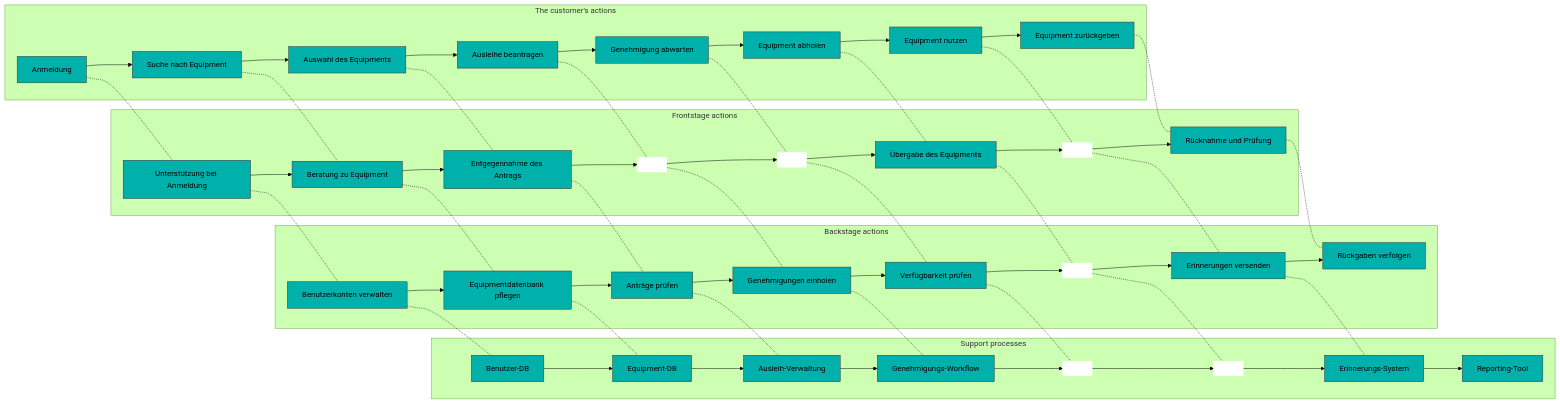
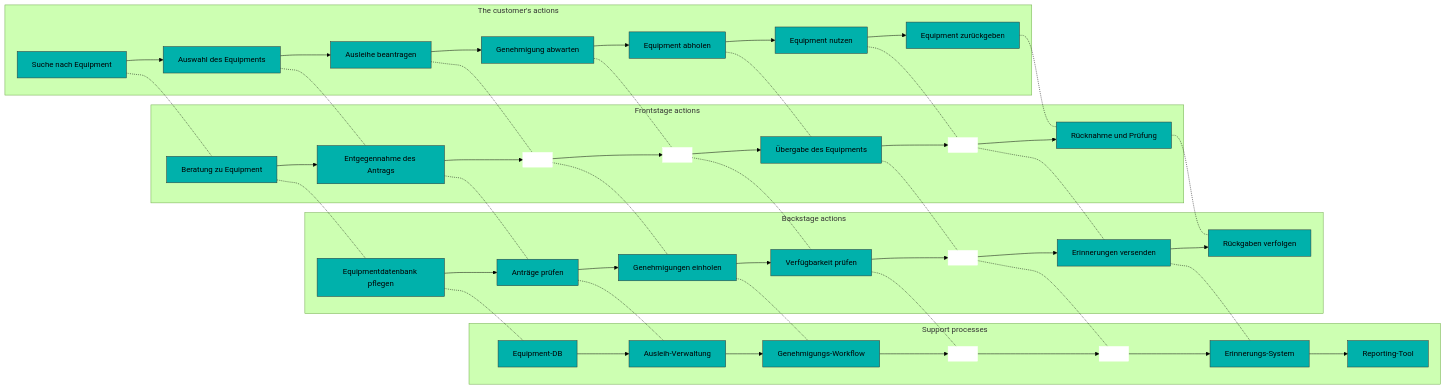
The diagram in blueprint.md (OutmaAixLara/BorrowNOW), drawn with Mermaid (forest theme) before and after one commit. The commit also changed 2 other files, not shown here.

Commit message:
Adjusted the Datamodell

````diff
--- a/blueprint.md
+++ b/blueprint.md
@@ -1,34 +1,33 @@
 ```mermaid
 graph LR
 
     subgraph Support processes
-        D1[Benutzer-DB] --> D2[Equipment-DB] --> D3[Ausleih-Verwaltung] --> D4[Genehmigungs-Workflow] --> D5[" "] --> D6[" "] --> D7[Erinnerungs-System] --> D8[Reporting-Tool]
+    D2[Equipment-DB] --> D3[Ausleih-Verwaltung] --> D4[Genehmigungs-Workflow] --> D5[" "] --> D6[" "] --> D7[Erinnerungs-System] --> D8[Reporting-Tool]
     end
 
     subgraph Backstage actions
-        C1[Benutzerkonten verwalten] --> C2[Equipmentdatenbank pflegen] --> C3[Anträge prüfen] --> C4[Genehmigungen einholen] --> C5[Verfügbarkeit prüfen] --> C6[" "] --> C7[Erinnerungen versenden] --> C8[Rückgaben verfolgen]
+        C2[Equipmentdatenbank pflegen] --> C3[Anträge prüfen] --> C4[Genehmigungen einholen] --> C5[Verfügbarkeit prüfen] --> C6[" "] --> C7[Erinnerungen versenden] --> C8[Rückgaben verfolgen]
     end
 
     subgraph Frontstage actions
-        B1[Unterstützung bei Anmeldung] --> B2[Beratung zu Equipment] --> B3[Entgegennahme des Antrags] --> B4[" "] --> B5[" "] --> B6[Übergabe des Equipments] --> B7[" "] --> B8[Rücknahme und Prüfung]
+        B2[Beratung zu Equipment] --> B3[Entgegennahme des Antrags] --> B4[" "] --> B5[" "] --> B6[Übergabe des Equipments] --> B7[" "] --> B8[Rücknahme und Prüfung]
     end
 
     subgraph The customer's actions
-        A1[Anmeldung] --> A2[Suche nach Equipment] --> A3[Auswahl des Equipments] --> A4[Ausleihe beantragen] --> A5[Genehmigung abwarten] --> A6[Equipment abholen] --> A7[Equipment nutzen] --> A8[Equipment zurückgeben]
+        A2[Suche nach Equipment] --> A3[Auswahl des Equipments] --> A4[Ausleihe beantragen] --> A5[Genehmigung abwarten] --> A6[Equipment abholen] --> A7[Equipment nutzen] --> A8[Equipment zurückgeben]
     end
 
-    A1 -.- B1 -.- C1 -.- D1
-    A2 -.- B2 -.- C2 -.- D2
+        A2 -.- B2 -.- C2 -.- D2
     A3 -.- B3 -.- C3 -.- D3
     A4 -.- B4 -.- C4 -.- D4
     A5 -.- B5 -.- C5 -.- D5
     A6 -.- B6 -.- C6 -.- D6
     A7 -.- B7 -.- C7 -.- D7
     A8 -.- B8 -.- C8
 
     classDef default fill:#00b1ab,stroke:#333,stroke-width:1px,color:#000;
     classDef invisible fill:#ffffff,stroke:#ffffff,color:#000;
     class D5,D6,B4,B5,B7,C6 invisible;
 
 
 ```
````
